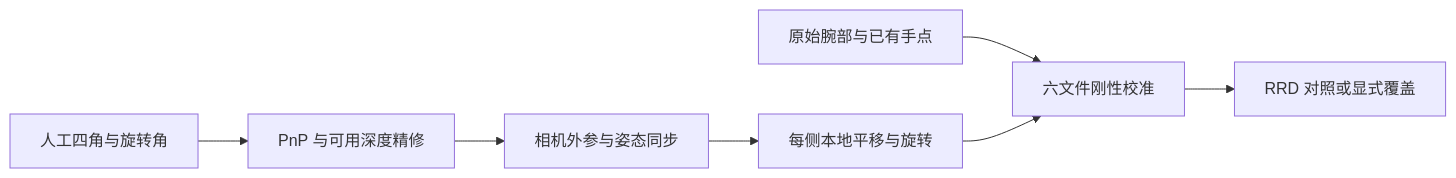
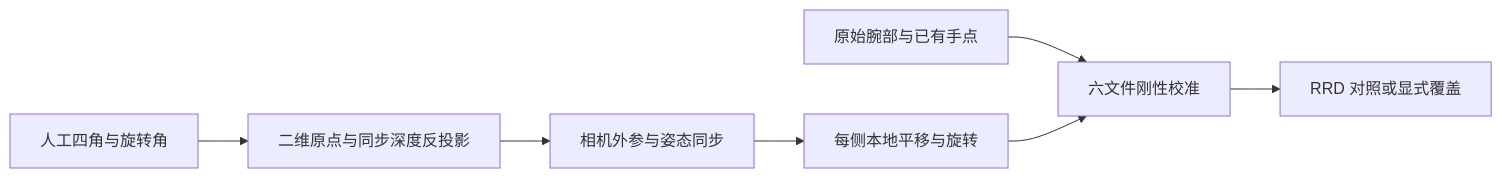
One commit to qinminghui869-sys/vive_correct changed the diagram in docs/hand_pipeline.md. Above: the diagram before and after it, drawn with Mermaid. The commit also changed other lines of this file and 28 other files, not shown here.

````diff
--- a/docs/hand_pipeline.md
+++ b/docs/hand_pipeline.md
@@ -9,9 +9,9 @@
 ```mermaid
 flowchart LR
-    A[人工四角与旋转角] --> B[PnP 与可用深度精修]
+    A[人工四角与旋转角] --> B[二维原点与同步深度反投影]
     B --> C[相机外参与姿态同步]
     C --> D[每侧本地平移与旋转]
     E[原始腕部与已有手点] --> F[六文件刚性校准]
     D --> F
     F --> G[RRD 对照或显式覆盖]
 ```
````
